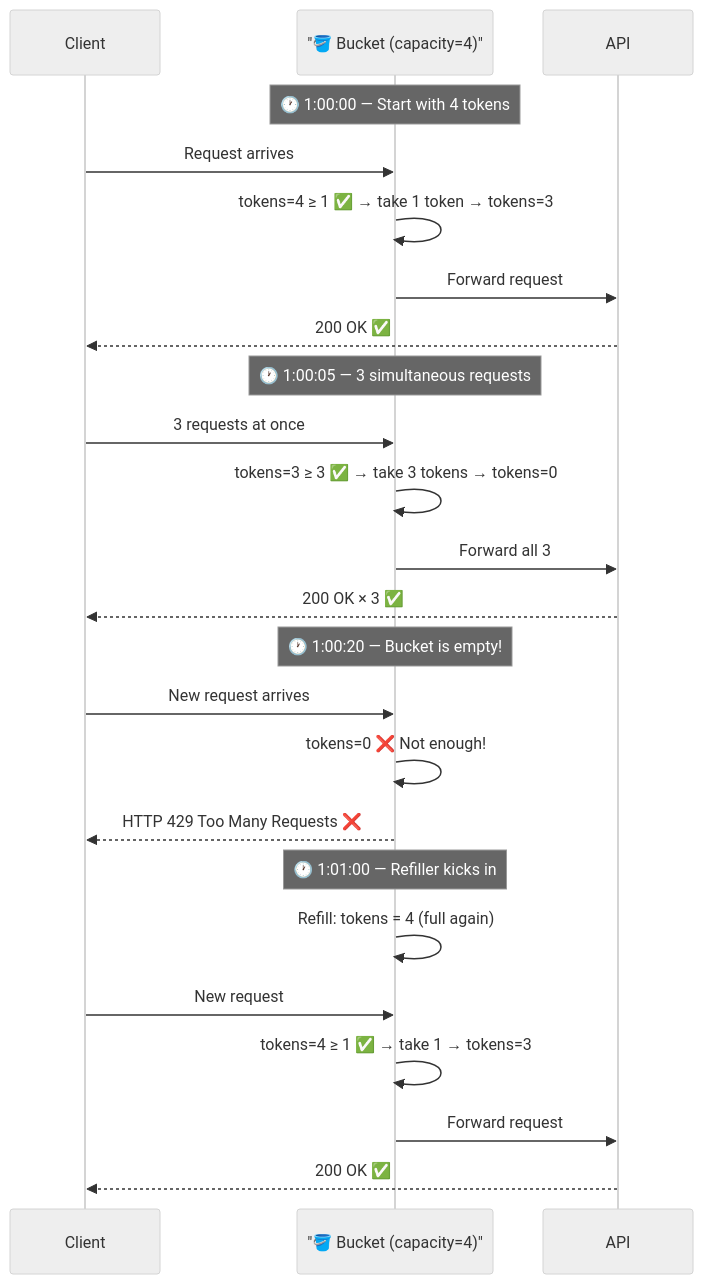
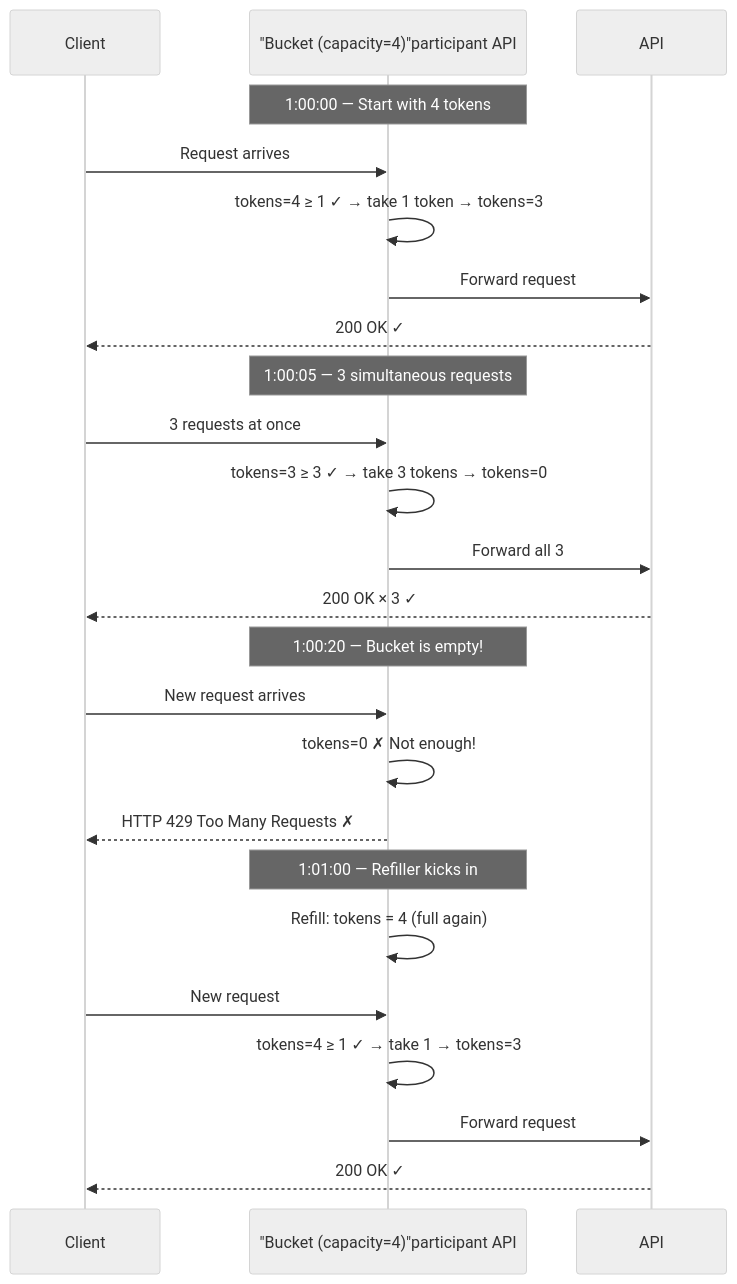
The sixth of 26 diagrams in content/posts/2026/design-a-rate-limiter.md (devops-monk/system-design-blog), drawn with Mermaid (neutral theme) before and after one commit. The commit also changed other lines of this file and 5 other files, not shown here.

````diff
--- a/content/posts/2026/design-a-rate-limiter.md
+++ b/content/posts/2026/design-a-rate-limiter.md
@@ -185,30 +185,29 @@
 ```mermaid
 sequenceDiagram
     participant Client
-    participant Bucket as "🪣 Bucket (capacity=4)"
-    participant API
+    participant Bucket as "Bucket (capacity=4)"participant API
 
-    Note over Bucket: 🕐 1:00:00 — Start with 4 tokens
+    Note over Bucket:  1:00:00 — Start with 4 tokens
     Client->>Bucket: Request arrives
-    Bucket->>Bucket: tokens=4 ≥ 1 ✅ → take 1 token → tokens=3
+    Bucket->>Bucket: tokens=4 ≥ 1 ✓ → take 1 token → tokens=3
     Bucket->>API: Forward request
-    API-->>Client: 200 OK ✅
+    API-->>Client: 200 OK ✓
 
-    Note over Bucket: 🕐 1:00:05 — 3 simultaneous requests
+    Note over Bucket:  1:00:05 — 3 simultaneous requests
     Client->>Bucket: 3 requests at once
-    Bucket->>Bucket: tokens=3 ≥ 3 ✅ → take 3 tokens → tokens=0
+    Bucket->>Bucket: tokens=3 ≥ 3 ✓ → take 3 tokens → tokens=0
     Bucket->>API: Forward all 3
-    API-->>Client: 200 OK × 3 ✅
+    API-->>Client: 200 OK × 3 ✓
 
-    Note over Bucket: 🕐 1:00:20 — Bucket is empty!
+    Note over Bucket:  1:00:20 — Bucket is empty!
     Client->>Bucket: New request arrives
-    Bucket->>Bucket: tokens=0 ❌ Not enough!
-    Bucket-->>Client: HTTP 429 Too Many Requests ❌
+    Bucket->>Bucket: tokens=0 ✗ Not enough!
+    Bucket-->>Client: HTTP 429 Too Many Requests ✗
 
-    Note over Bucket: 🕐 1:01:00 — Refiller kicks in
+    Note over Bucket:  1:01:00 — Refiller kicks in
     Bucket->>Bucket: Refill: tokens = 4 (full again)
     Client->>Bucket: New request
-    Bucket->>Bucket: tokens=4 ≥ 1 ✅ → take 1 → tokens=3
+    Bucket->>Bucket: tokens=4 ≥ 1 ✓ → take 1 → tokens=3
     Bucket->>API: Forward request
-    API-->>Client: 200 OK ✅
+    API-->>Client: 200 OK ✓
 ```
````
